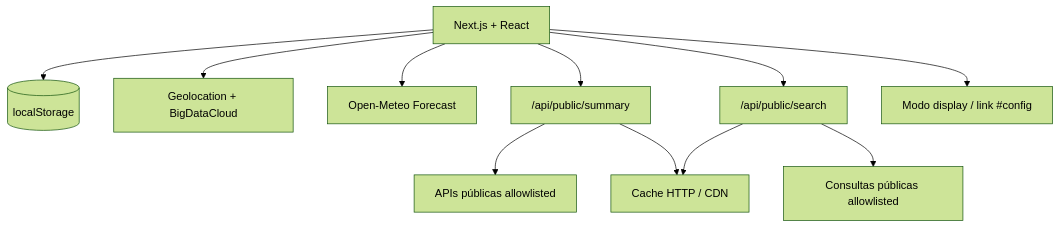
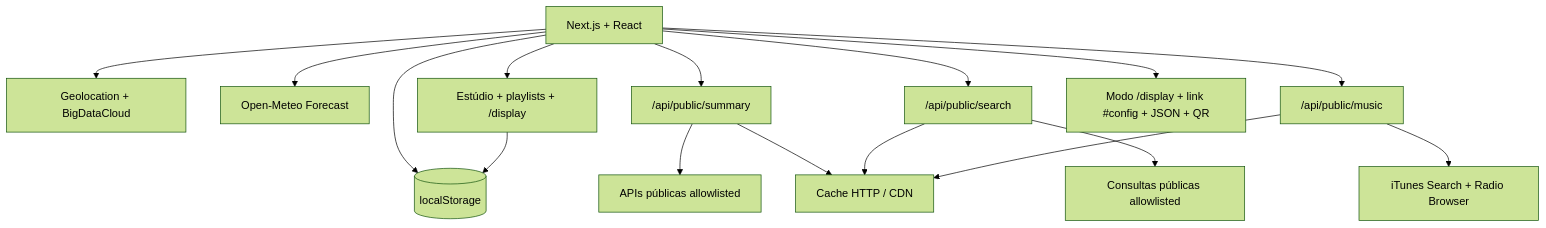
The diagram in README.md (RaphaelTW/LumaBoard), drawn with Mermaid (forest theme) before and after one commit. The commit also changed other lines of this file and 18 other files, not shown here.

````diff
--- a/README.md
+++ b/README.md
@@ -204,13 +272,18 @@
 ```mermaid
 flowchart TD
     Browser["Next.js + React"] --> Local[("localStorage")]
     Browser --> Geo["Geolocation + BigDataCloud"]
     Browser --> Weather["Open-Meteo Forecast"]
     Browser --> Summary["/api/public/summary"]
     Browser --> Search["/api/public/search"]
+    Browser --> Music["/api/public/music"]
+    Browser --> Studio["Estúdio + playlists + /display"]
     Summary --> PublicAPIs["APIs públicas allowlisted"]
     Search --> SearchAPIs["Consultas públicas allowlisted"]
+    Music --> MusicAPIs["iTunes Search + Radio Browser"]
     Summary --> CDN["Cache HTTP / CDN"]
     Search --> CDN
-    Browser --> Display["Modo display / link #config"]
+    Music --> CDN
+    Studio --> Local
+    Browser --> Display["Modo /display + link #config + JSON + QR"]
 ```
````
